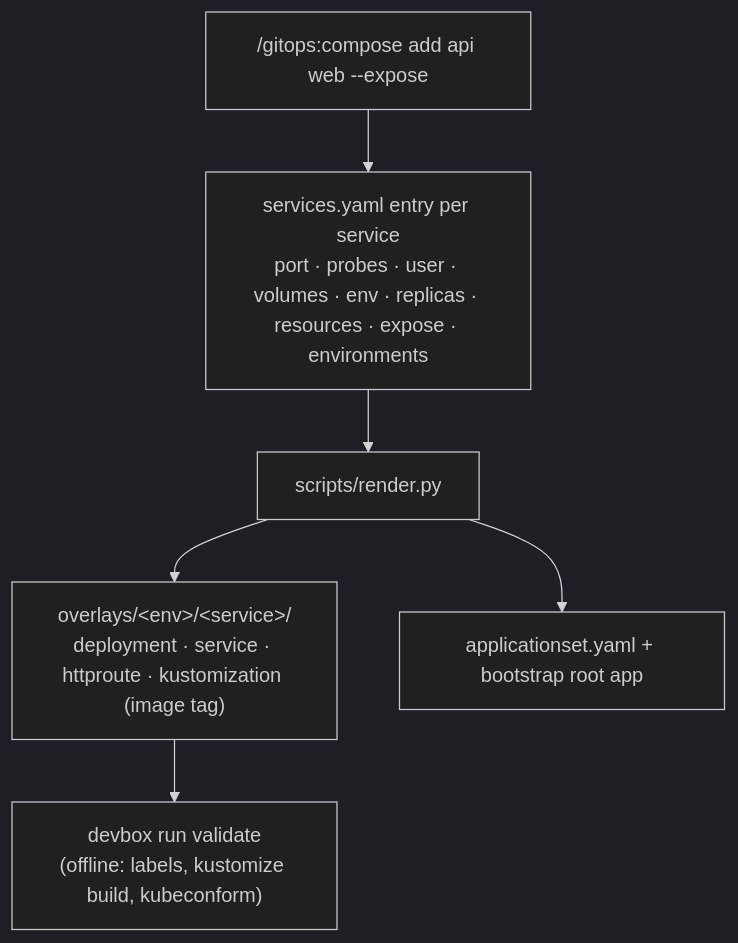
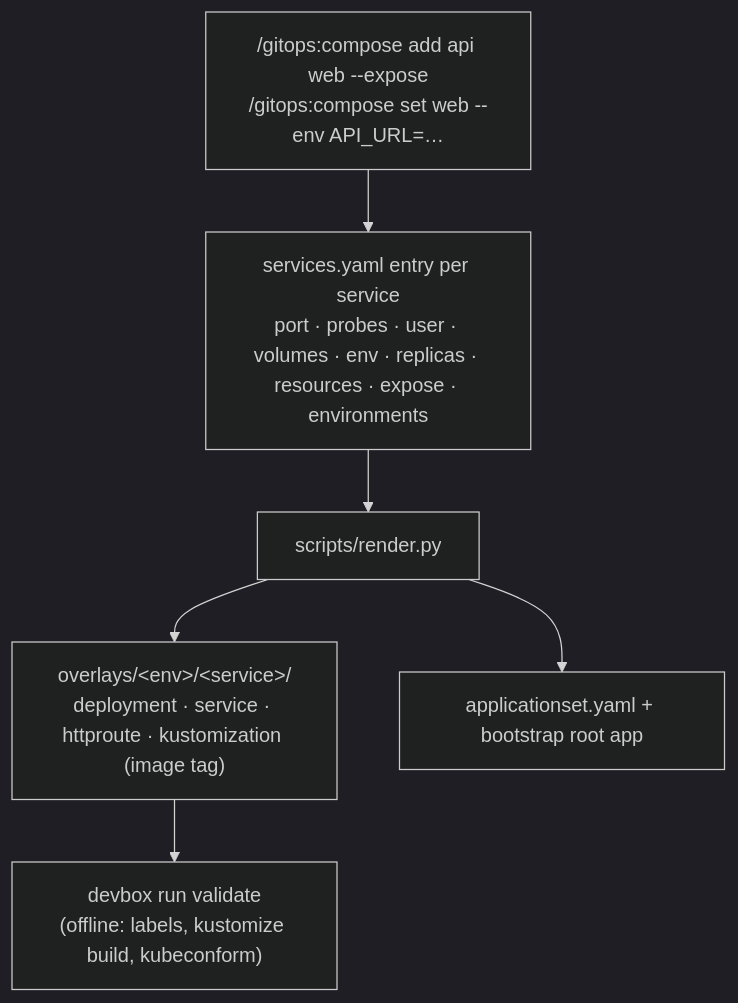
One commit to ika100/claude-platform changed the third of 4 diagrams in docs/HOW-IT-WORKS.md. Above: the diagram before and after it, drawn with Mermaid (dark theme). The commit also changed other lines of this file and 14 other files, not shown here.

First line of the commit message:
docs: guides and website up to date for the release; /gitops:compose set (#87)

````diff
--- a/docs/HOW-IT-WORKS.md
+++ b/docs/HOW-IT-WORKS.md
@@ -59,8 +60,8 @@
 ```mermaid
 flowchart TD
-  CMD["/gitops:compose add api web --expose"] --> E["services.yaml entry per service<br/>port · probes · user · volumes · env · replicas · resources · expose · environments"]
+  CMD["/gitops:compose add api web --expose<br/>/gitops:compose set web --env API_URL=…"] --> E["services.yaml entry per service<br/>port · probes · user · volumes · env · replicas · resources · expose · environments"]
   E --> R["scripts/render.py"]
   R --> M["overlays/&lt;env&gt;/&lt;service&gt;/<br/>deployment · service · httproute · kustomization (image tag)"]
   R --> AS["applicationset.yaml + bootstrap root app"]
   M --> V["devbox run validate<br/>(offline: labels, kustomize build, kubeconform)"]
 ```
````
